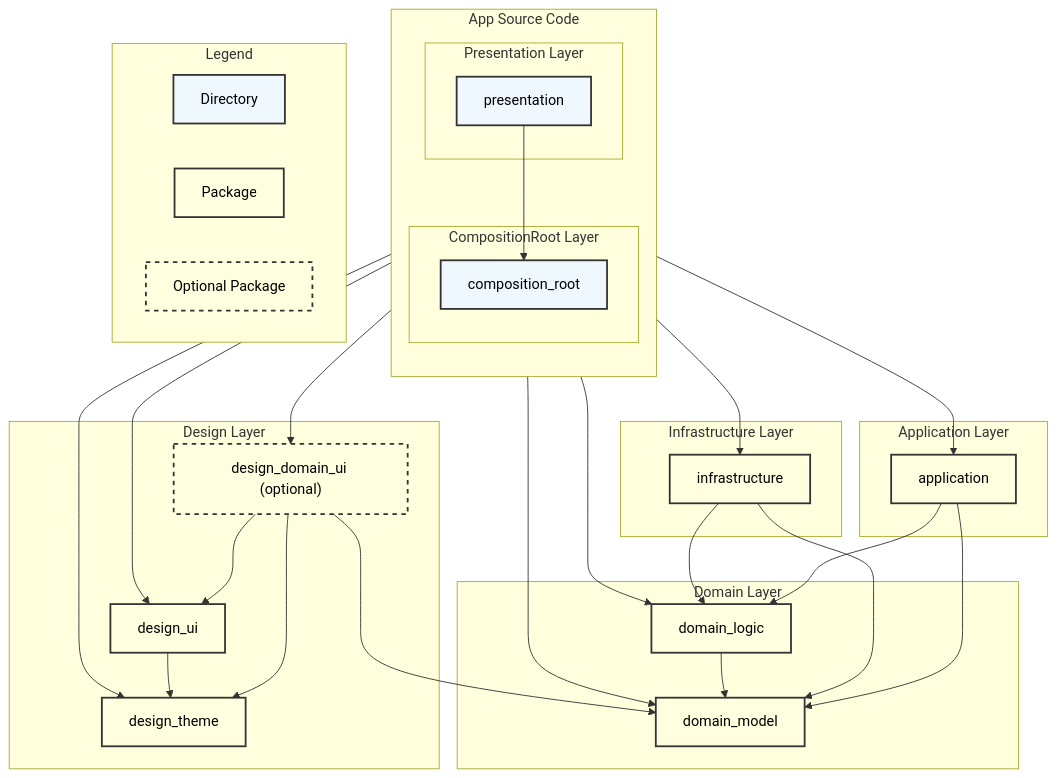
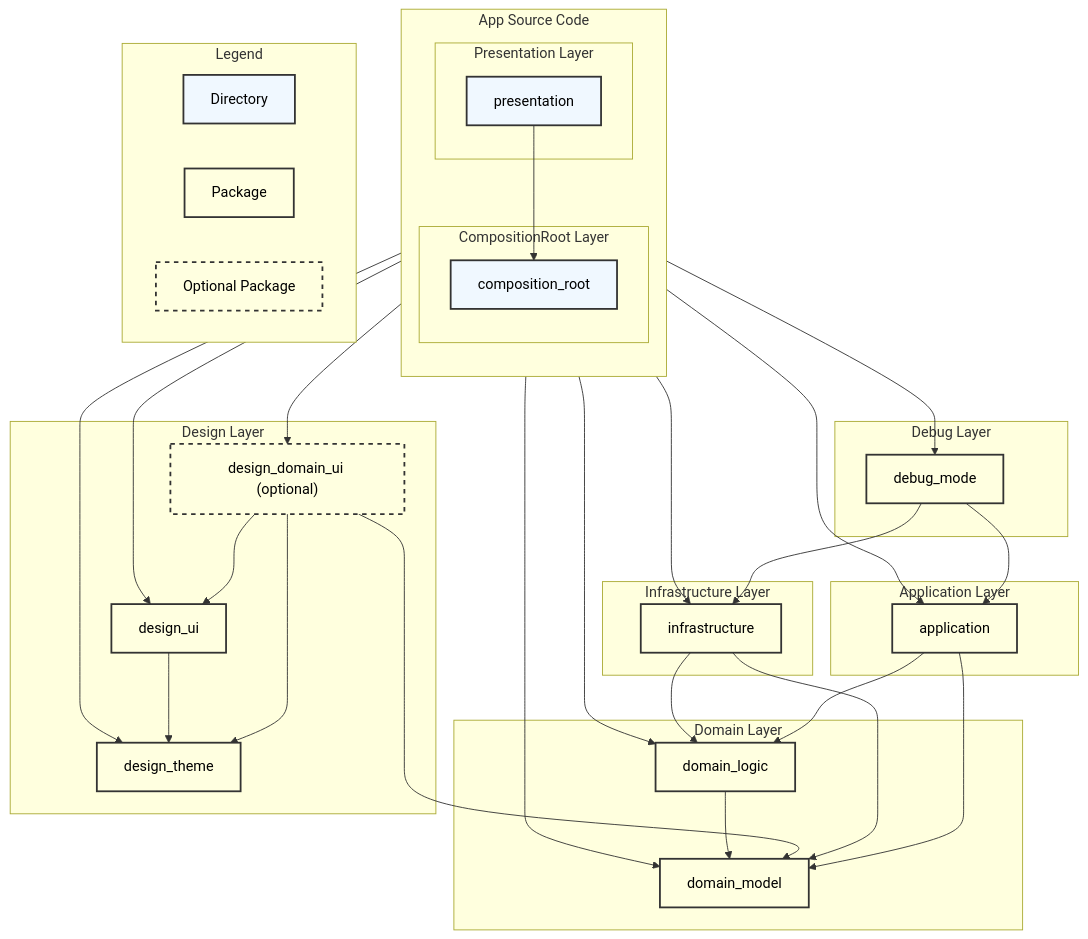
One commit to yumemi-inc/flutter-mobile-project-template changed the diagram in docs/ARCHITECTURE.md. Above: the diagram before and after it, drawn with Mermaid.

Commit message:
docs: debug layerをアーキテクチャ図に追加

```diff
--- a/docs/ARCHITECTURE.md
+++ b/docs/ARCHITECTURE.md
@@ -80,6 +80,12 @@
     class domain_logic package
   end
 
+  %% Debug Layer
+  subgraph "Debug Layer"
+    debug_mode[debug_mode]
+    class debug_mode package
+  end
+
   %% Dependencies
   presentation --> composition_root
   presentation --> domain_model
@@ -105,6 +111,11 @@
 
   domain_logic --> domain_model
 
+  %% Debug Layer Dependencies
+  debug_mode --> infrastructure_pkg
+  debug_mode --> application_pkg
+  presentation --> debug_mode
+
   %% Legend
   subgraph "Legend"
     dir_legend[Directory]
```
